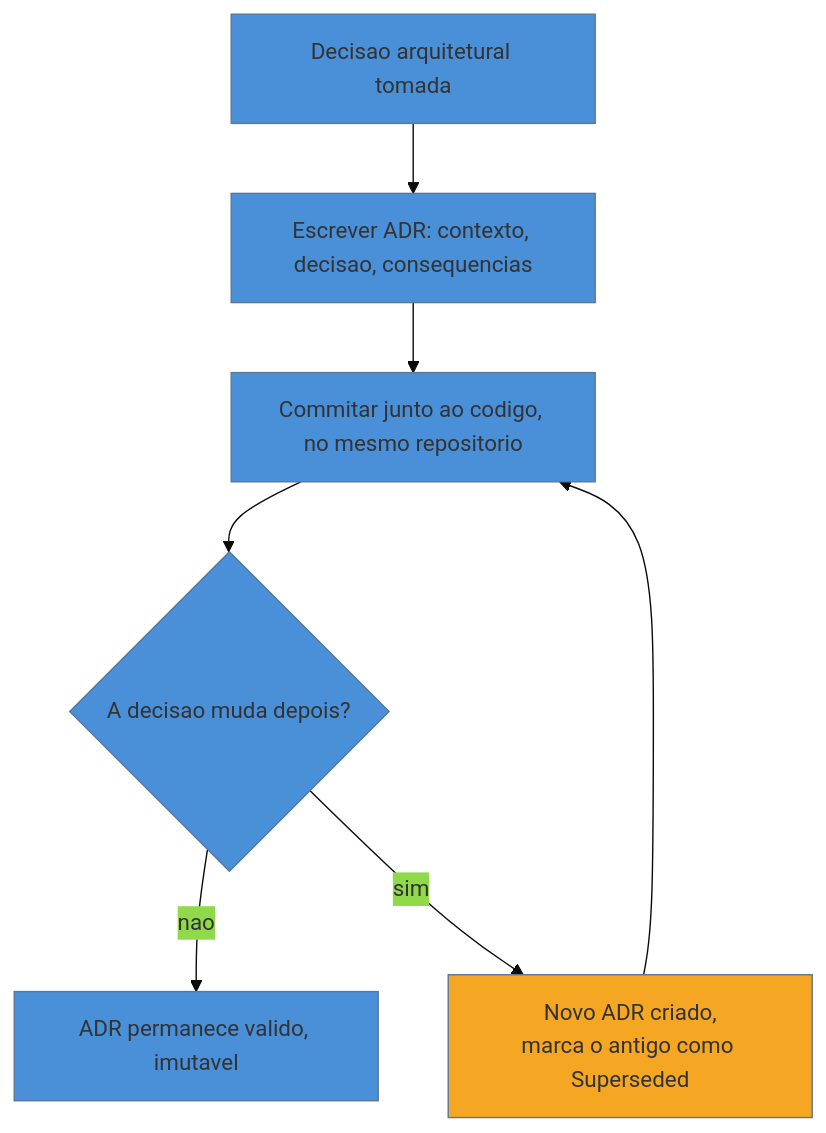
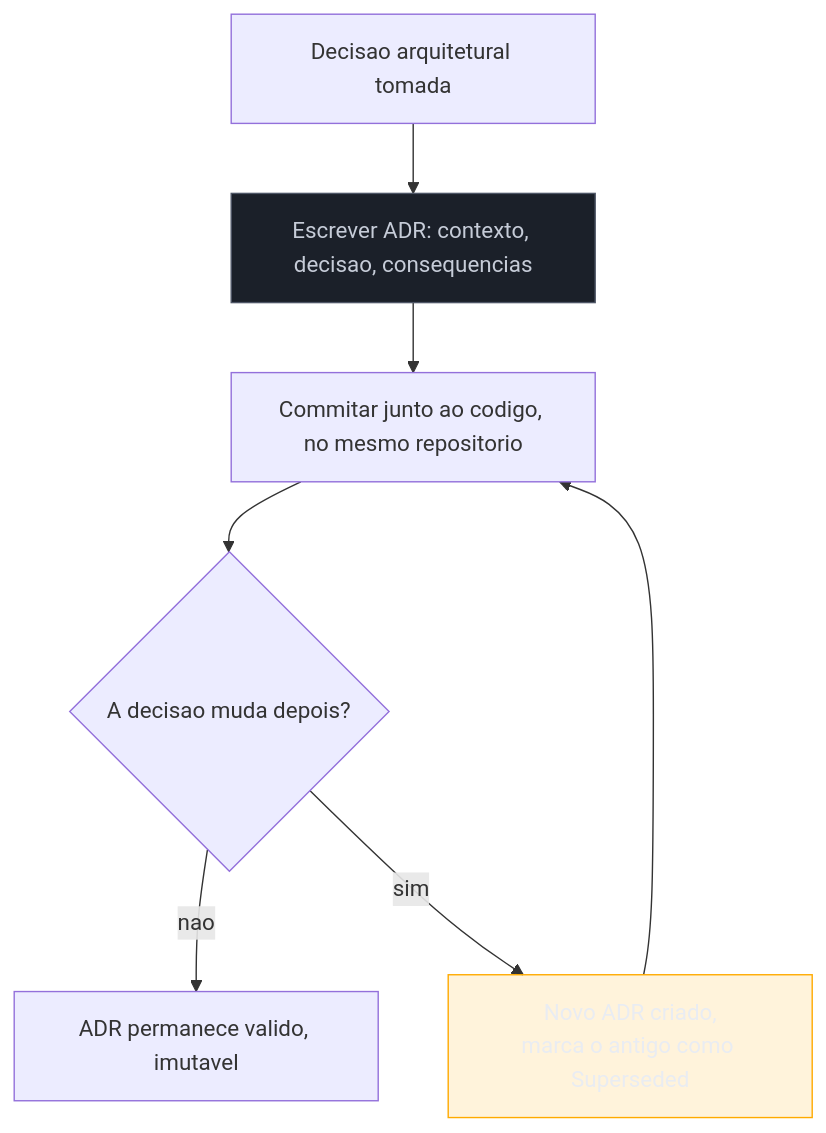
The second of 3 diagrams in 03-Dominios/Engenharia/Arqueologia e Restauração de Software/24 - Conhecimento e documentação.md (josenaldo/codex-technomanticus), drawn with Mermaid before and after one commit. The commit also changed other lines of this file and 1181 other files, not shown here.

First line of the commit message:
fix(diagramas): paleta do sistema no lugar de cor cravada no markdown

````diff
--- a/03-Dominios/Engenharia/Arqueologia e Restauração de Software/24 - Conhecimento e documentação.md
+++ b/03-Dominios/Engenharia/Arqueologia e Restauração de Software/24 - Conhecimento e documentação.md
@@ -62,12 +63,13 @@
 ```mermaid
-%%{init: {"theme": "base", "themeVariables": {"primaryColor": "#4A90D9"}}}%%
 graph TD
+    classDef neutro fill:#1B2029,stroke:#4E5666,color:#C6CCD8
+    classDef destaque fill:#FFAA0024,stroke:#FFAA00,color:#E9ECF2
     A[Decisao arquitetural tomada] --> B[Escrever ADR: contexto, decisao, consequencias]
     B --> C[Commitar junto ao codigo, no mesmo repositorio]
     C --> D{A decisao muda depois?}
     D -->|nao| E[ADR permanece valido, imutavel]
     D -->|sim| F[Novo ADR criado,<br/>marca o antigo como Superseded]
     F --> C
-    style B fill:#4A90D9
-    style F fill:#F5A623
+    class B neutro
+    class F destaque
 ```
````
